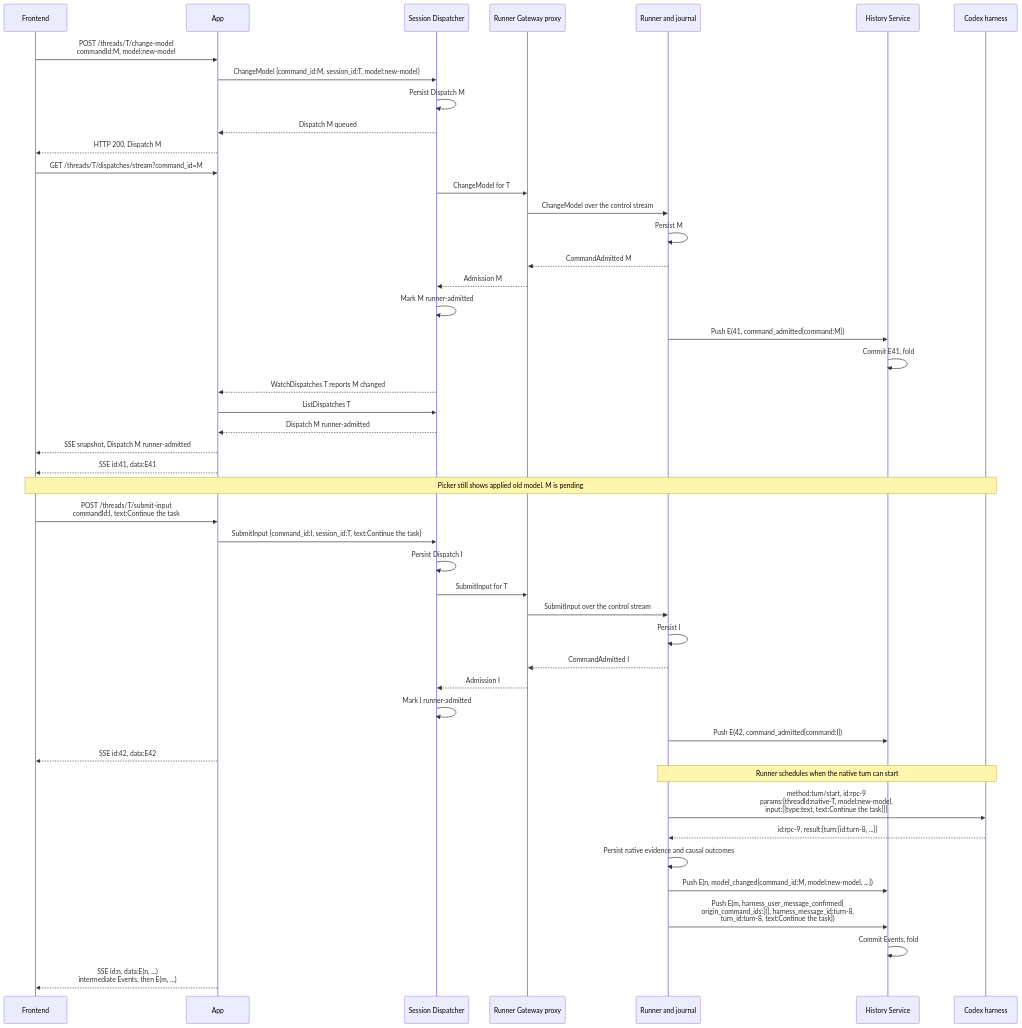
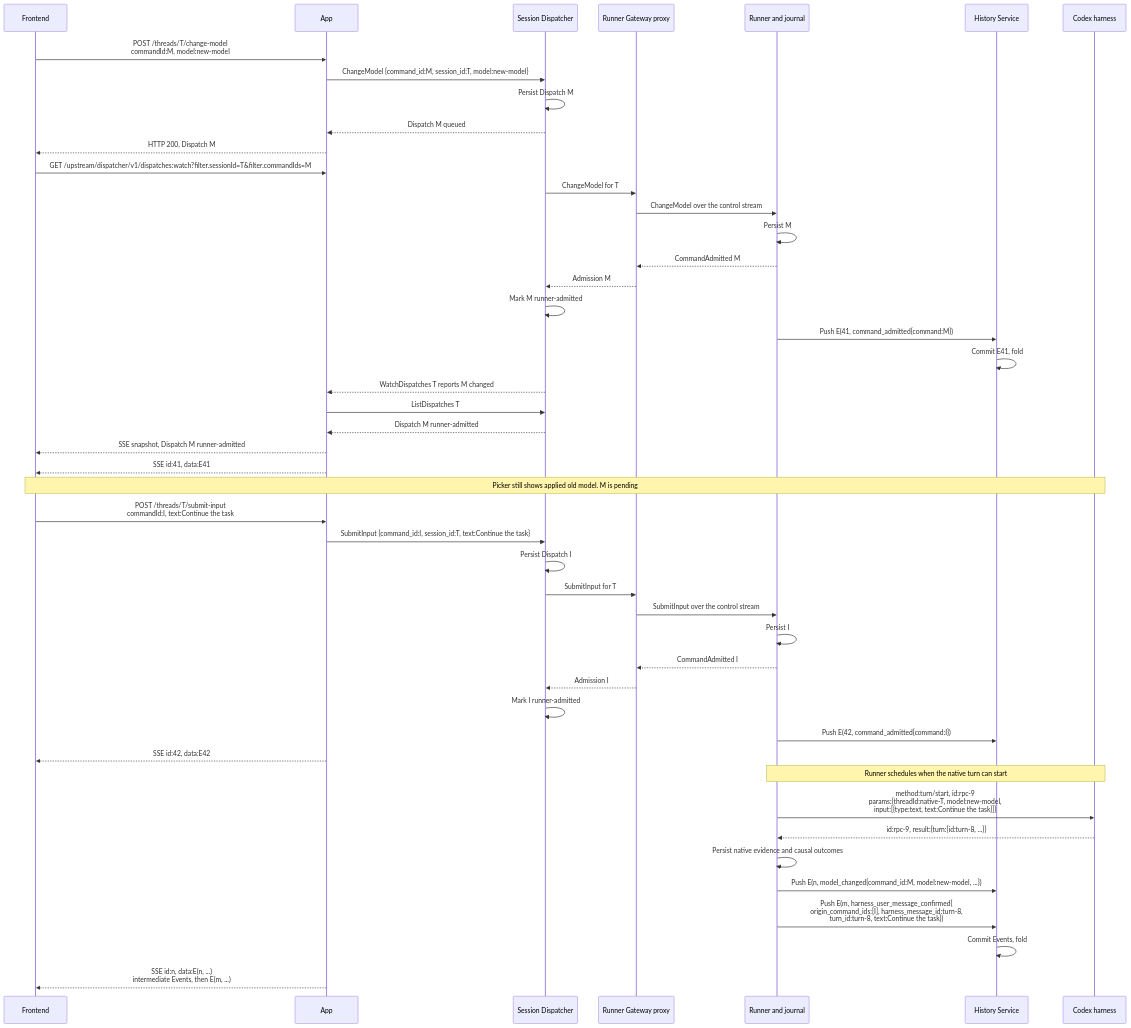
Before and after one commit to agentydragon-agent/ducktape: the second of 5 diagrams in agentplane/docs/thread_layering.md, drawn with Mermaid. The commit also changed other lines of this file and 39 other files, not shown here.

````diff
--- a/agentplane/docs/thread_layering.md
+++ b/agentplane/docs/thread_layering.md
@@ -301,49 +301,49 @@
 ```mermaid
 sequenceDiagram
     participant F as Frontend
     participant A as App
     participant SD as Session Dispatcher
     participant G as Runner Gateway proxy
     participant R as Runner and journal
     participant HS as History Service
     participant H as Codex harness
     F->>A: POST /threads/T/change-model<br/>commandId:M, model:new-model
     A->>SD: ChangeModel {command_id:M, session_id:T, model:new-model}
     SD->>SD: Persist Dispatch M
     SD-->>A: Dispatch M queued
     A-->>F: HTTP 200, Dispatch M
-    F->>A: GET /threads/T/dispatches/stream?command_id=M
+    F->>A: GET /upstream/dispatcher/v1/dispatches:watch?filter.sessionId=T&filter.commandIds=M
     SD->>G: ChangeModel for T
     G->>R: ChangeModel over the control stream
     R->>R: Persist M
     R-->>G: CommandAdmitted M
     G-->>SD: Admission M
     SD->>SD: Mark M runner-admitted
     R->>HS: Push E(41, command_admitted{command:M})
     HS->>HS: Commit E41, fold
     SD-->>A: WatchDispatches T reports M changed
     A->>SD: ListDispatches T
     SD-->>A: Dispatch M runner-admitted
     A-->>F: SSE snapshot, Dispatch M runner-admitted
     A-->>F: SSE id:41, data:E41
     Note over F,H: Picker still shows applied old model. M is pending
     F->>A: POST /threads/T/submit-input<br/>commandId:I, text:Continue the task
     A->>SD: SubmitInput {command_id:I, session_id:T, text:Continue the task}
     SD->>SD: Persist Dispatch I
     SD->>G: SubmitInput for T
     G->>R: SubmitInput over the control stream
     R->>R: Persist I
     R-->>G: CommandAdmitted I
     G-->>SD: Admission I
     SD->>SD: Mark I runner-admitted
     R->>HS: Push E(42, command_admitted{command:I})
     A-->>F: SSE id:42, data:E42
     Note over R,H: Runner schedules when the native turn can start
     R->>H: method:turn/start, id:rpc-9<br/>params:{threadId:native-T, model:new-model,<br/>input:[{type:text, text:Continue the task}]}
     H-->>R: id:rpc-9, result:{turn:{id:turn-8, ...}}
     R->>R: Persist native evidence and causal outcomes
     R->>HS: Push E(n, model_changed{command_id:M, model:new-model, ...})
     R->>HS: Push E(m, harness_user_message_confirmed{<br/>origin_command_ids:[I], harness_message_id:turn-8,<br/>turn_id:turn-8, text:Continue the task})
     HS->>HS: Commit Events, fold
     A-->>F: SSE id:n, data:E(n, ...)<br/>intermediate Events, then E(m, ...)
 ```
````
